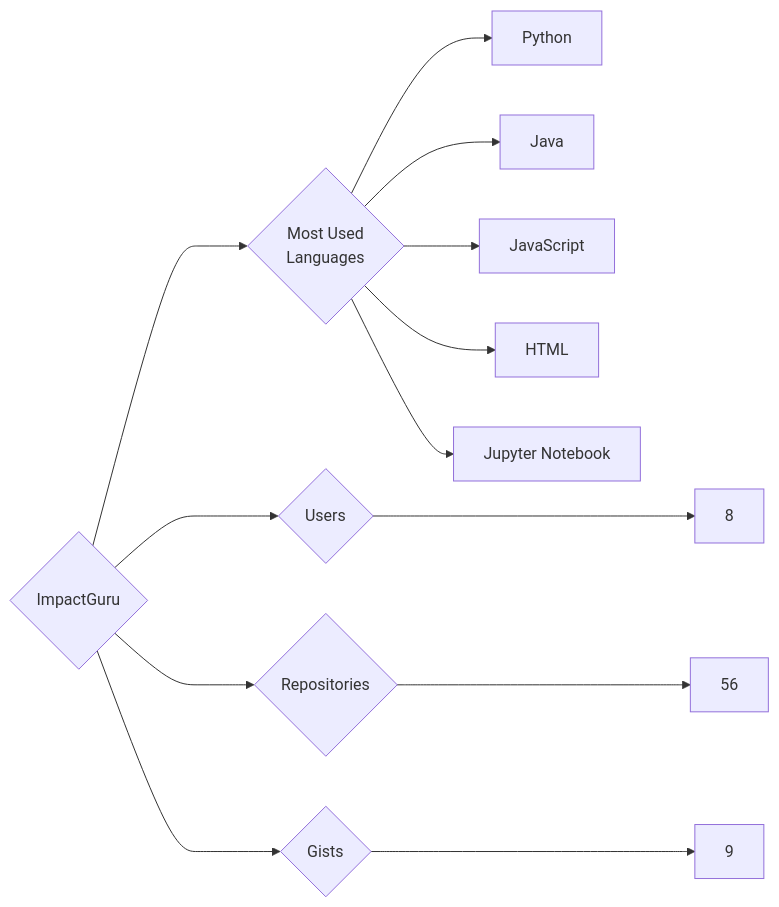
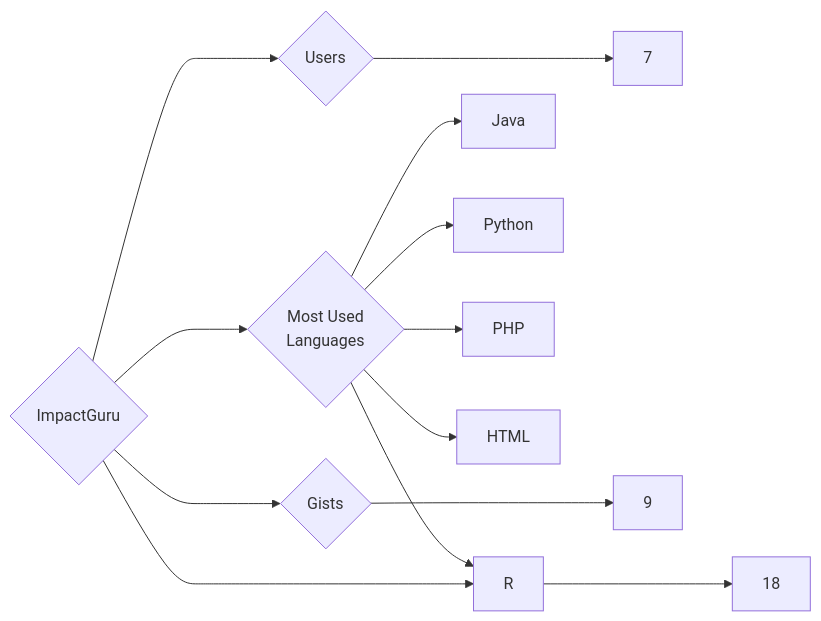
Before and after one commit to trickest/insiders: the diagram in targets/ImpactGuru/README.md, drawn with Mermaid. The commit also changed 772 other files, not shown here.

````diff
--- a/targets/ImpactGuru/README.md
+++ b/targets/ImpactGuru/README.md
@@ -3,13 +3,13 @@
 ```mermaid
 graph LR
 COMPANY_NAME{ImpactGuru}
-COMPANY_NAME ---> U{Users} ---> UN[8]
-COMPANY_NAME ---> R{Repositories} ---> RN[56]
+COMPANY_NAME ---> U{Users} ---> UN[7]
+COMPANY_NAME ---> R{Repositories} ---> RN[18]
 COMPANY_NAME ---> G{Gists} ---> GN[9]
 COMPANY_NAME ---> ML{Most Used<br>Languages}
+ML --> Java[Java]
 ML --> Python[Python]
-ML --> Java[Java]
-ML --> JavaScript[JavaScript]
+ML --> PHP[PHP]
 ML --> HTML[HTML]
-ML --> Jupyter_Notebook[Jupyter Notebook]
+ML --> R[R]
 ```
````
